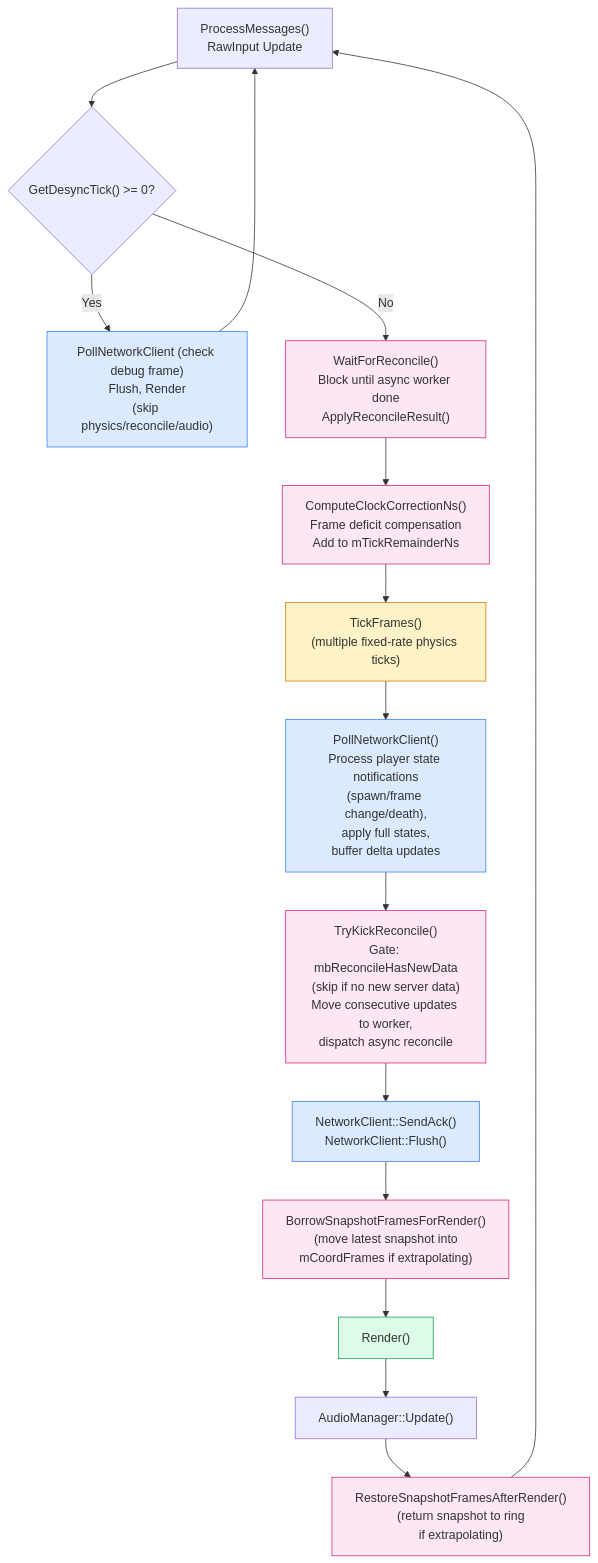
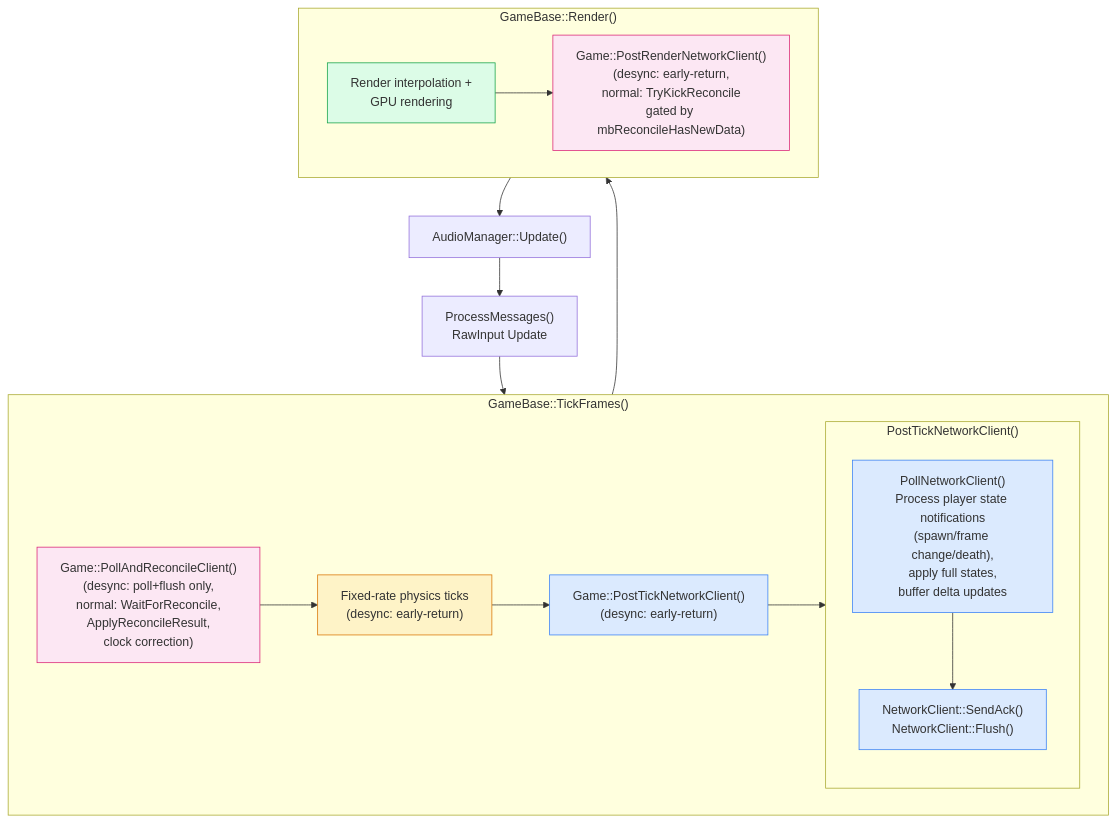
One commit to DougTanner/BrokenEnginePublic changed the third of 4 diagrams in Documents/Architecture/GameReconciliation.md. Above: the diagram before and after it, drawn with Mermaid. The commit also changed other lines of this file and 35 other files, not shown here.

````diff
--- a/Documents/Architecture/GameReconciliation.md
+++ b/Documents/Architecture/GameReconciliation.md
@@ -83,36 +83,37 @@
 ```mermaid
 %%{init: {'theme': 'default'}}%%
 flowchart TD
     classDef network fill:#dbeafe,stroke:#3b82f6
     classDef physics fill:#fef3c7,stroke:#d97706
     classDef render fill:#dcfce7,stroke:#16a34a
     classDef reconcile fill:#fce7f3,stroke:#db2777
 
-    MSG["ProcessMessages()<br/>RawInput Update"] --> DESYNC_CHECK
+    MSG["ProcessMessages()<br/>RawInput Update"] --> TICK_FRAMES
 
-    DESYNC_CHECK{"GetDesyncTick() >= 0?"}
-    DESYNC_CHECK -->|"Yes"| DEBUG_PATH["PollNetworkClient (check debug frame)<br/>Flush, Render<br/>(skip physics/reconcile/audio)"]:::network
-    DEBUG_PATH --> MSG
+    subgraph TICK_FRAMES ["GameBase::TickFrames()"]
+        POLL_RECONCILE["Game::PollAndReconcileClient()<br/>(desync: poll+flush only,<br/>normal: WaitForReconcile,<br/>ApplyReconcileResult,<br/>clock correction)"]:::reconcile
 
-    DESYNC_CHECK -->|"No"| WAIT["WaitForReconcile()<br/>Block until async worker done<br/>ApplyReconcileResult()"]:::reconcile
+        PHYSICS["Fixed-rate physics ticks<br/>(desync: early-return)"]:::physics
 
-    WAIT --> CLOCK["ComputeClockCorrectionNs()<br/>Frame deficit compensation<br/>Add to mTickRemainderNs"]:::reconcile
+        POST_TICK["Game::PostTickNetworkClient()<br/>(desync: early-return)"]:::network
 
-    CLOCK --> PHYSICS["TickFrames()<br/>(multiple fixed-rate physics ticks)"]:::physics
+        subgraph post_tick_detail ["PostTickNetworkClient()"]
+            POLL["PollNetworkClient()<br/>Process player state notifications<br/>(spawn/frame change/death),<br/>apply full states,<br/>buffer delta updates"]:::network
+            SEND["NetworkClient::SendAck()<br/>NetworkClient::Flush()"]:::network
+            POLL --> SEND
+        end
 
-    PHYSICS --> POLL["PollNetworkClient()<br/>Process player state notifications<br/>(spawn/frame change/death),<br/>apply full states,<br/>buffer delta updates"]:::network
+        POLL_RECONCILE --> PHYSICS --> POST_TICK --> post_tick_detail
+    end
 
-    POLL --> KICK["TryKickReconcile()<br/>Gate: mbReconcileHasNewData<br/>(skip if no new server data)<br/>Move consecutive updates to worker,<br/>dispatch async reconcile"]:::reconcile
+    subgraph RENDER_METHOD ["GameBase::Render()"]
+        RENDER["Render interpolation +<br/>GPU rendering"]:::render
+        POST_RENDER["Game::PostRenderNetworkClient()<br/>(desync: early-return,<br/>normal: TryKickReconcile<br/>gated by mbReconcileHasNewData)"]:::reconcile
+        RENDER --> POST_RENDER
+    end
 
-    KICK --> SEND["NetworkClient::SendAck()<br/>NetworkClient::Flush()"]:::network
+    AUDIO["AudioManager::Update()"]
 
-    SEND --> BORROW["BorrowSnapshotFramesForRender()<br/>(move latest snapshot into<br/>mCoordFrames if extrapolating)"]:::reconcile
-
-    BORROW --> RENDER["Render()"]:::render
-
-    RENDER --> AUDIO["AudioManager::Update()"]
-
-    AUDIO --> RESTORE["RestoreSnapshotFramesAfterRender()<br/>(return snapshot to ring<br/>if extrapolating)"]:::reconcile
-
-    RESTORE --> MSG
+    TICK_FRAMES --> RENDER_METHOD --> AUDIO
+    AUDIO --> MSG
 ```
````
